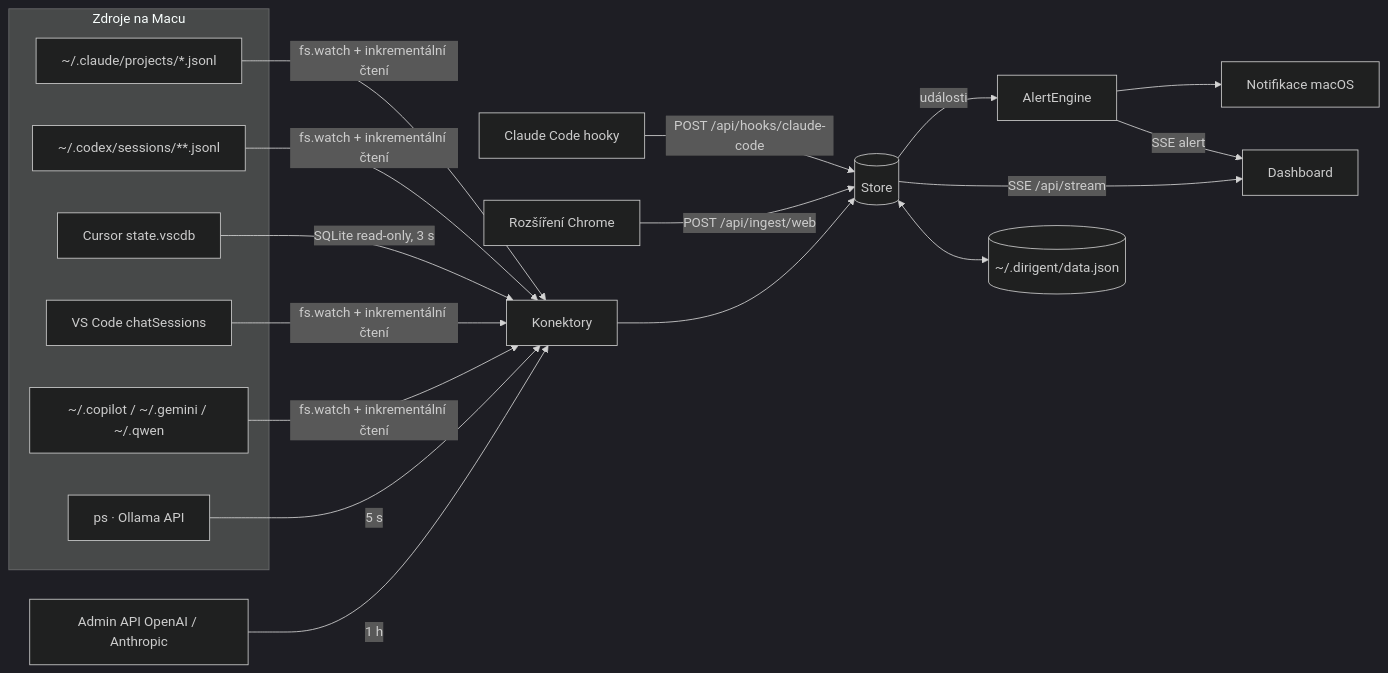
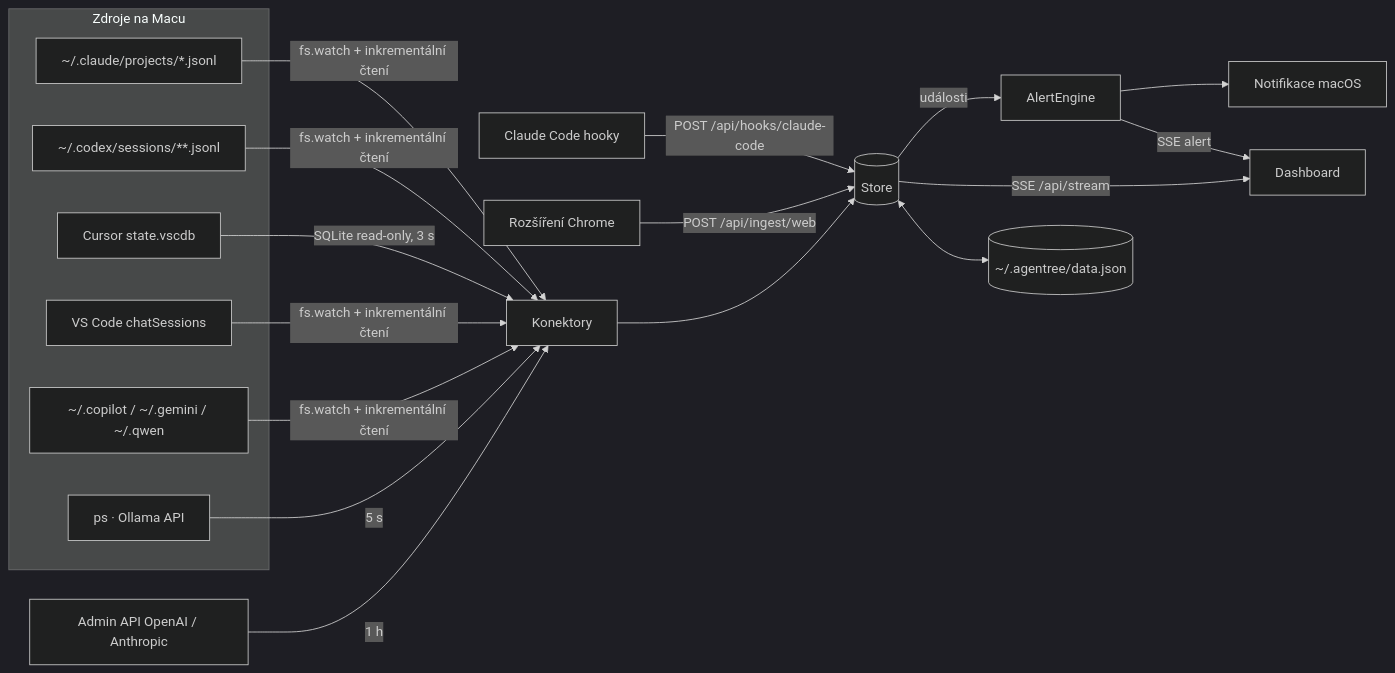
One commit to martin-pok/agentree changed the diagram in docs/ARCHITECTURE.md. Above: the diagram before and after it, drawn with Mermaid (dark theme). The commit also changed other lines of this file and 42 other files, not shown here.

````diff
--- a/docs/ARCHITECTURE.md
+++ b/docs/ARCHITECTURE.md
@@ -5,23 +5,23 @@
 ```mermaid
 flowchart LR
   subgraph Zdroje na Macu
     A1[~/.claude/projects/*.jsonl]
     A2[~/.codex/sessions/**.jsonl]
     A3[Cursor state.vscdb]
     A4[VS Code chatSessions]
     A5[~/.copilot / ~/.gemini / ~/.qwen]
     A6[ps · Ollama API]
   end
   H[Claude Code hooky] -->|POST /api/hooks/claude-code| S
   E[Rozšíření Chrome] -->|POST /api/ingest/web| S
   A1 & A2 & A4 & A5 -->|fs.watch + inkrementální čtení| C[Konektory]
   A3 -->|SQLite read-only, 3 s| C
   A6 -->|5 s| C
   X[Admin API OpenAI / Anthropic] -->|1 h| C
   C --> S[(Store)]
   S -->|události| AL[AlertEngine]
   AL --> N[Notifikace macOS]
   S -->|SSE /api/stream| UI[Dashboard]
   AL -->|SSE alert| UI
-  S <--> D[(~/.dirigent/data.json)]
+  S <--> D[(~/.agentree/data.json)]
 ```
````
